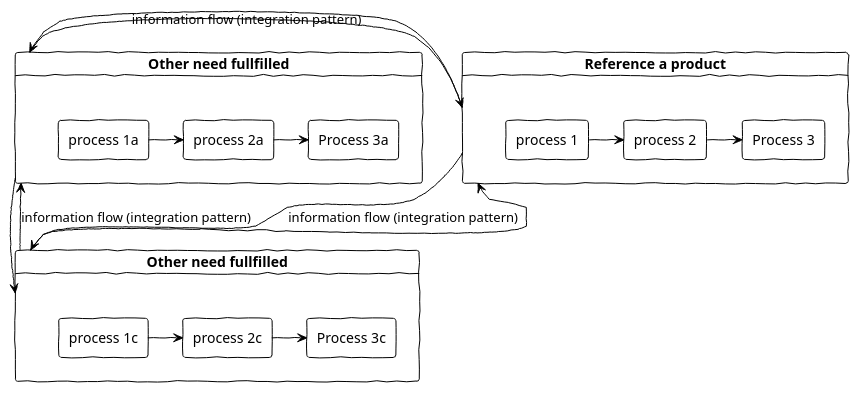
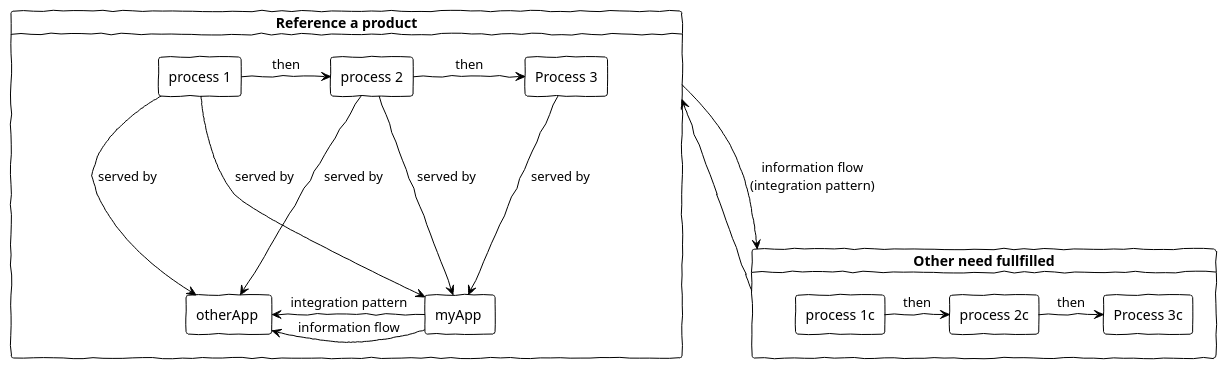
One commit to olom70/diagrams changed the second of 5 diagrams in ait/process-sketech.plantuml. Above: the diagram before and after it, drawn with PlantUML. The commit also changed other lines of this file, not shown here.

Commit message:
V1 of process -sketch

```diff
--- a/ait/process-sketech.plantuml
+++ b/ait/process-sketech.plantuml
@@ -20,50 +20,54 @@
 @startuml Several Processes
 skinparam handwritten true
 skinparam componentStyle rectangle
 !theme plain
 
-card "Other need fullfilled" as c3 {
-
-[process 1a] as p7
-[process 2a] as p8
-[Process 3a] as p9
-
-p7 -> p8
-p8 -> p9
-
-
-}
 
 
 card "Reference a product" as c1 {
 
 [process 1] as p1
 [process 2] as p2
 [Process 3] as p3
 
-p1 -> p2
-p2 -> p3
+p1 -r-> p2 : then
+p2 -r-> p3 : then
+
+[myApp ] as m1
+[otherApp ] as m2
+
+p1 --> m2 : served by
+p2 ---> m2 : served by
+
+
+p1 --> m1 : served by
+p2 --> m1 : served by
+p3 ---> m1 : served by
+
+
+m1 -l--> m2 : integration pattern
+m1 -l--> m2 : information flow
+
+
+
+
 
 }
 
 
 card "Other need fullfilled" as c2 {
 
 [process 1c] as p4
 [process 2c] as p5
 [Process 3c] as p6
 
-p4 -> p5
-p5 -> p6
+p4 -> p5 : then
+p5 -> p6 : then
 
 
 }
 
-c3 -> c1
-c1 ---> c2 : information flow (integration pattern)
-c1 -> c3 : information flow (integration pattern)
+c1 ---> c2 : information flow\n(integration pattern)
 c2 -> c1
-c3 --> c2
-c2 -> c3 : information flow (integration pattern)
 
 @enduml
```
